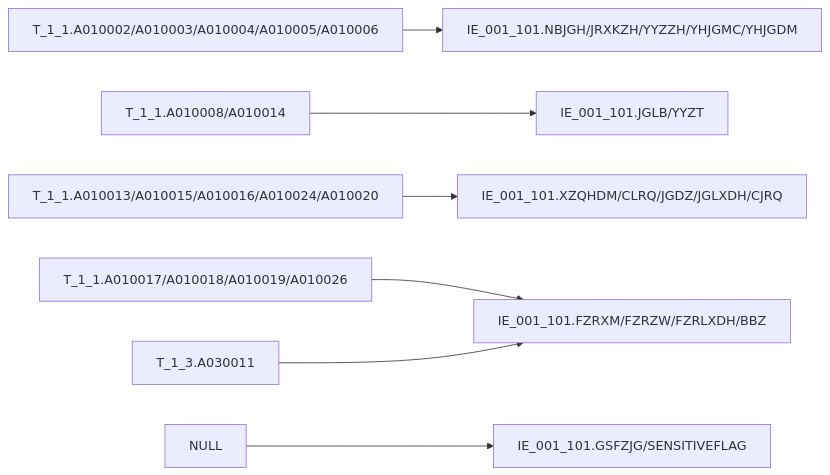
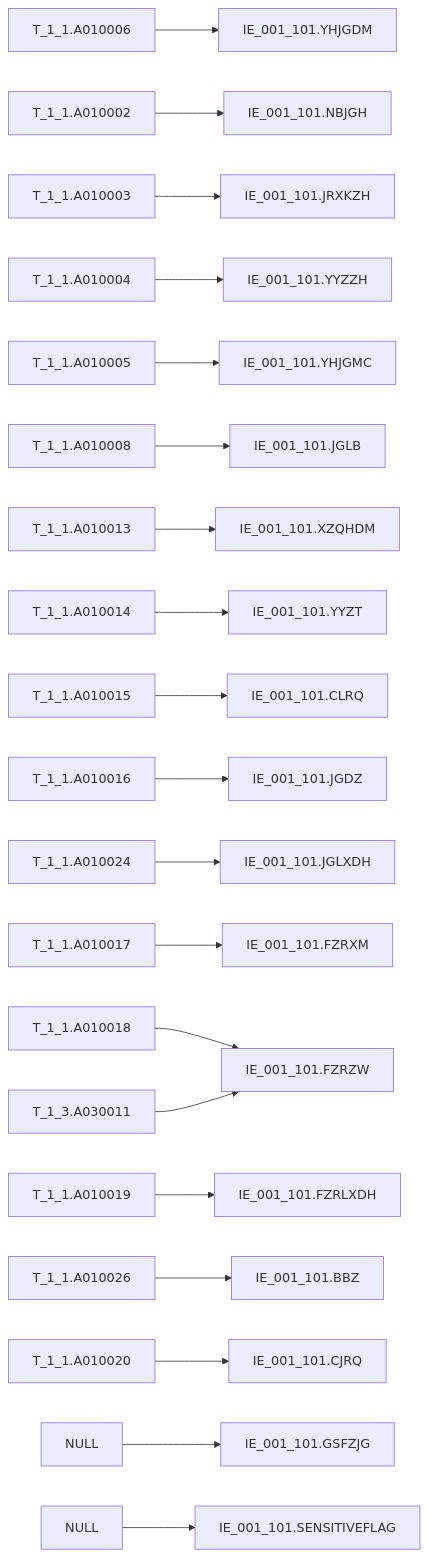
The second of 2 diagrams in WisdomLedger/知识库/血缘/EAST5.0系统/血缘-IE_001_101-机构信息表-EAST5.0系统.md (zhoujk1989-arch/Obsidian), drawn with Mermaid before and after one commit. The commit also changed other lines of this file and 13 other files, not shown here.

````diff
--- a/WisdomLedger/知识库/血缘/EAST5.0系统/血缘-IE_001_101-机构信息表-EAST5.0系统.md
+++ b/WisdomLedger/知识库/血缘/EAST5.0系统/血缘-IE_001_101-机构信息表-EAST5.0系统.md
@@ -104,9 +103,22 @@
 ```mermaid
 flowchart LR
-    T11["T_1_1.A010002/A010003/A010004/A010005/A010006"] --> IE1["IE_001_101.NBJGH/JRXKZH/YYZZH/YHJGMC/YHJGDM"]
-    T11B["T_1_1.A010008/A010014"] --> IE2["IE_001_101.JGLB/YYZT"]
-    T11C["T_1_1.A010013/A010015/A010016/A010024/A010020"] --> IE3["IE_001_101.XZQHDM/CLRQ/JGDZ/JGLXDH/CJRQ"]
-    T11D["T_1_1.A010017/A010018/A010019/A010026"] --> IE4["IE_001_101.FZRXM/FZRZW/FZRLXDH/BBZ"]
-    T13["T_1_3.A030011"] --> IE4
-    CONST["NULL"] --> IE5["IE_001_101.GSFZJG/SENSITIVEFLAG"]
+    S_A010006["T_1_1.A010006"] --> T_YHJGDM["IE_001_101.YHJGDM"]
+    S_A010002["T_1_1.A010002"] --> T_NBJGH["IE_001_101.NBJGH"]
+    S_A010003["T_1_1.A010003"] --> T_JRXKZH["IE_001_101.JRXKZH"]
+    S_A010004["T_1_1.A010004"] --> T_YYZZH["IE_001_101.YYZZH"]
+    S_A010005["T_1_1.A010005"] --> T_YHJGMC["IE_001_101.YHJGMC"]
+    S_A010008["T_1_1.A010008"] --> T_JGLB["IE_001_101.JGLB"]
+    S_A010013["T_1_1.A010013"] --> T_XZQHDM["IE_001_101.XZQHDM"]
+    S_A010014["T_1_1.A010014"] --> T_YYZT["IE_001_101.YYZT"]
+    S_A010015["T_1_1.A010015"] --> T_CLRQ["IE_001_101.CLRQ"]
+    S_A010016["T_1_1.A010016"] --> T_JGDZ["IE_001_101.JGDZ"]
+    S_A010024["T_1_1.A010024"] --> T_JGLXDH["IE_001_101.JGLXDH"]
+    S_A010017["T_1_1.A010017"] --> T_FZRXM["IE_001_101.FZRXM"]
+    S_A010018["T_1_1.A010018"] --> T_FZRZW["IE_001_101.FZRZW"]
+    S_A030011["T_1_3.A030011"] --> T_FZRZW
+    S_A010019["T_1_1.A010019"] --> T_FZRLXDH["IE_001_101.FZRLXDH"]
+    S_A010026["T_1_1.A010026"] --> T_BBZ["IE_001_101.BBZ"]
+    S_A010020["T_1_1.A010020"] --> T_CJRQ["IE_001_101.CJRQ"]
+    S_NULL_1["NULL"] --> T_GSFZJG["IE_001_101.GSFZJG"]
+    S_NULL_2["NULL"] --> T_SENSITIVEFLAG["IE_001_101.SENSITIVEFLAG"]
 ```
````
